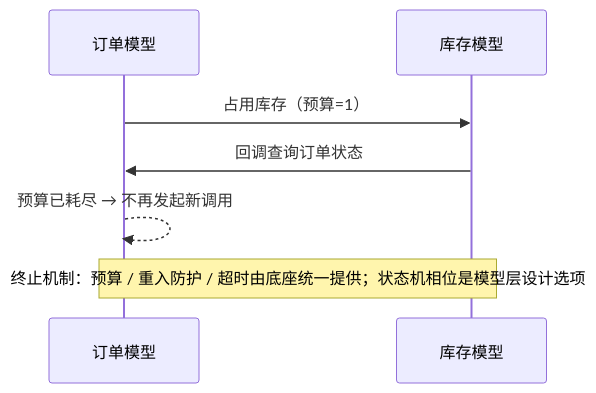
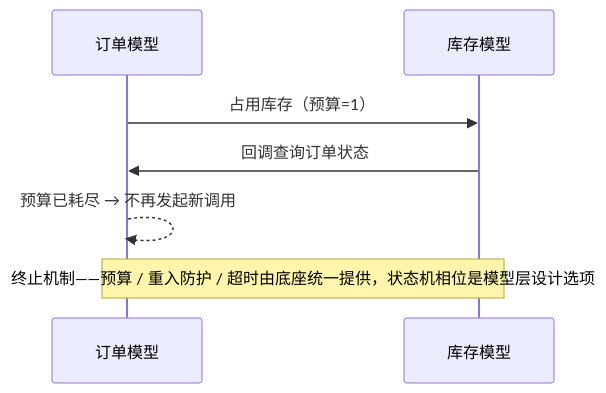
One commit to zly-app/mso-arch changed the third of 3 diagrams in README.zh-CN.md. Above: the diagram before and after it, drawn with Mermaid. The commit also changed 1 other file, not shown here.

Commit message:
fix: remove semicolons in sequenceDiagram Note text (mermaid statement separator broke GitHub rendering)

````diff
--- a/README.zh-CN.md
+++ b/README.zh-CN.md
@@ -84,9 +84,9 @@
 ```mermaid
 sequenceDiagram
     participant A as 订单模型
     participant B as 库存模型
     A->>B: 占用库存（预算=1）
     B->>A: 回调查询订单状态
     A-->>A: 预算已耗尽 → 不再发起新调用
-    Note over A,B: 终止机制：预算 / 重入防护 / 超时由底座统一提供；状态机相位是模型层设计选项
+    Note over A,B: 终止机制——预算 / 重入防护 / 超时由底座统一提供，状态机相位是模型层设计选项
 ```
````
